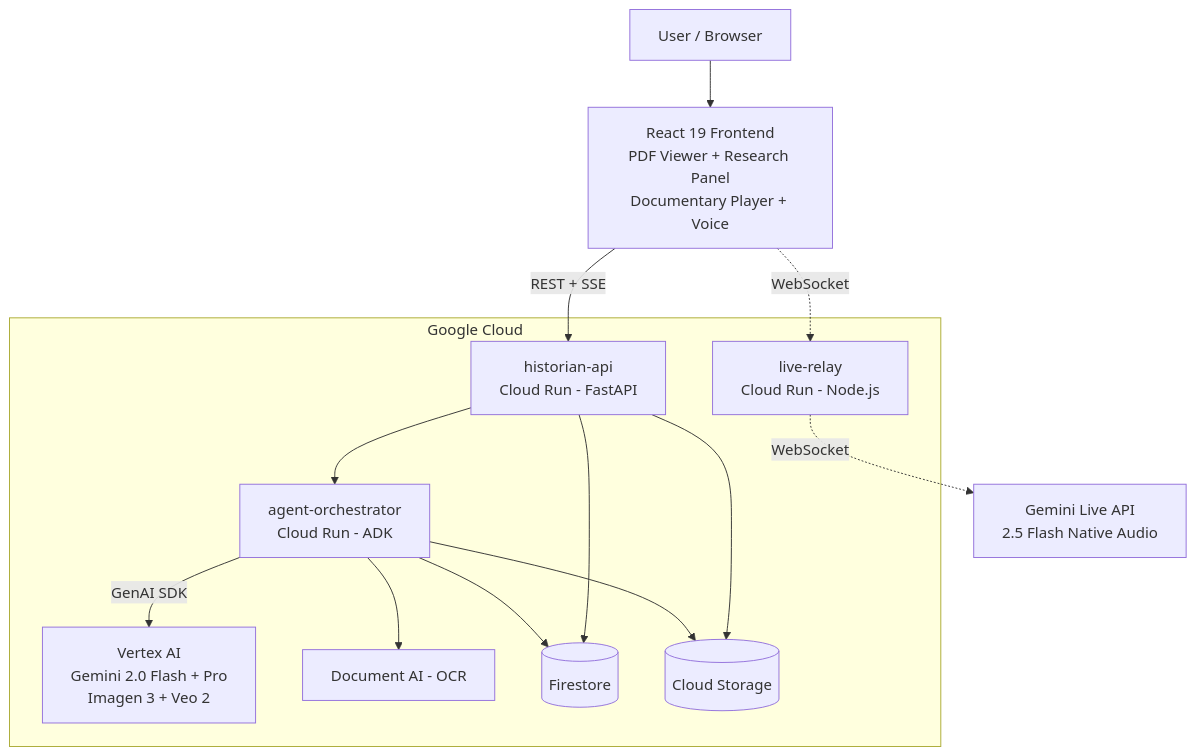
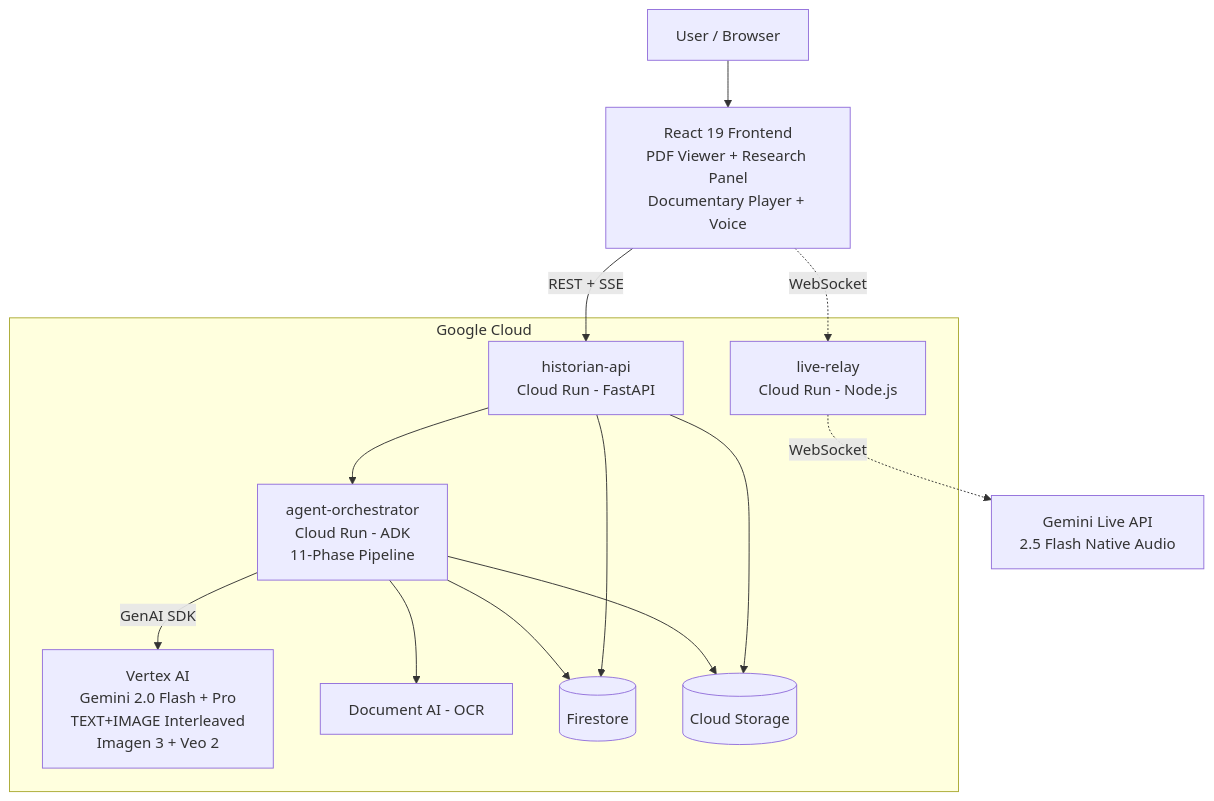
The second of 2 diagrams in docs/architecture/architecture-diagram.md (pancodo/gemini-live-agent-challenge), drawn with Mermaid before and after one commit. The commit also changed other lines of this file and 2 other files, not shown here.

First line of the commit message:
docs: update README, architecture diagram, and CLAUDE.md for 11-phase pipeline

````diff
--- a/docs/architecture/architecture-diagram.md
+++ b/docs/architecture/architecture-diagram.md
@@ -173,30 +181,30 @@
 ```mermaid
 flowchart TD
     User["User / Browser"]
     FE["React 19 Frontend<br/>PDF Viewer + Research Panel<br/>Documentary Player + Voice"]
 
     User --> FE
 
     subgraph gc["Google Cloud"]
         API["historian-api<br/>Cloud Run - FastAPI"]
-        ORCH["agent-orchestrator<br/>Cloud Run - ADK"]
+        ORCH["agent-orchestrator<br/>Cloud Run - ADK<br/>11-Phase Pipeline"]
         RELAY["live-relay<br/>Cloud Run - Node.js"]
-        VERTEX["Vertex AI<br/>Gemini 2.0 Flash + Pro<br/>Imagen 3 + Veo 2"]
+        VERTEX["Vertex AI<br/>Gemini 2.0 Flash + Pro<br/>TEXT+IMAGE Interleaved<br/>Imagen 3 + Veo 2"]
         DOCAI["Document AI - OCR"]
         FS[("Firestore")]
         GCS[("Cloud Storage")]
     end
 
     LIVE["Gemini Live API<br/>2.5 Flash Native Audio"]
 
     FE -- "REST + SSE" --> API
     FE -. "WebSocket" .-> RELAY
     API --> ORCH
     ORCH -- "GenAI SDK" --> VERTEX
     ORCH --> DOCAI
     ORCH --> FS
     ORCH --> GCS
     RELAY -. "WebSocket" .-> LIVE
     API --> FS
     API --> GCS
 ```
````
